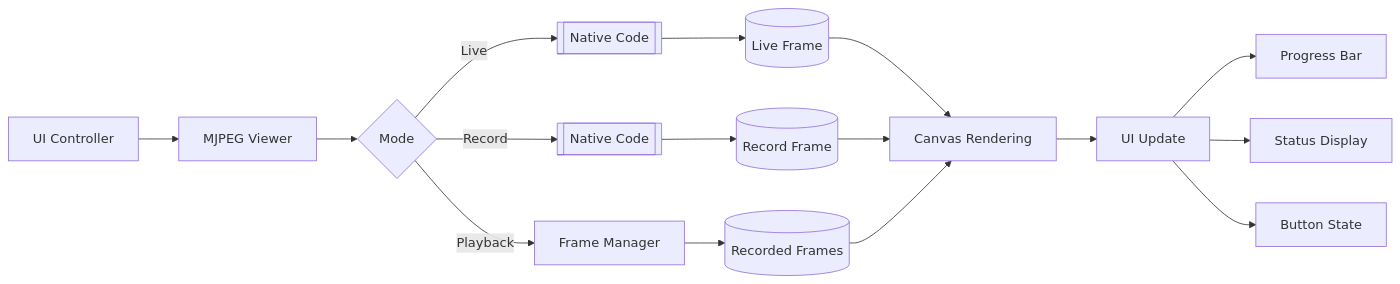
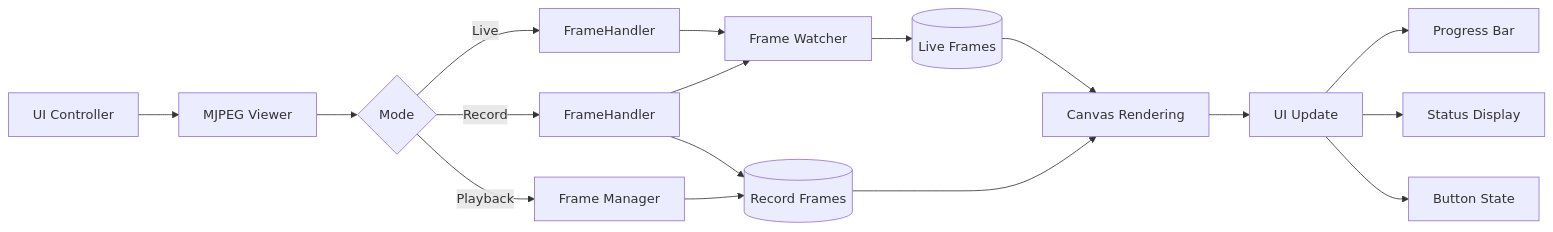
The third of 4 diagrams in README.md (ddonyo/camera), drawn with Mermaid before and after one commit. The commit also changed other lines of this file and 124 other files, not shown here.

````diff
--- a/README.md
+++ b/README.md
@@ -333,22 +319,24 @@
 ```mermaid
 flowchart LR
     B[UI Controller] --> C[MJPEG Viewer]
     C --> D{Mode}
 
-    D -->|Live| E[[Native Code]]
-    D -->|Record| F[[Native Code]]
+    D -->|Live| E[FrameHandler]
+    D -->|Record| F[FrameHandler]
     D -->|Playback| G[Frame Manager]
 
-    E --> H[(Live Frame)]
-    F --> I[(Record Frame)]
-    G --> J[(Recorded Frames)]
+    E --> H[Frame Watcher]
+    F --> H
+    H --> I[(Live Frames)]
 
-    H --> K[Canvas Rendering]
-    I --> K
+    F --> J[(Record Frames)]
+    G --> J
+
+    I --> K[Canvas Rendering]
     J --> K
 
     K --> L[UI Update]
     L --> M[Progress Bar]
     L --> N[Status Display]
     L --> O[Button State]
 ```
````
